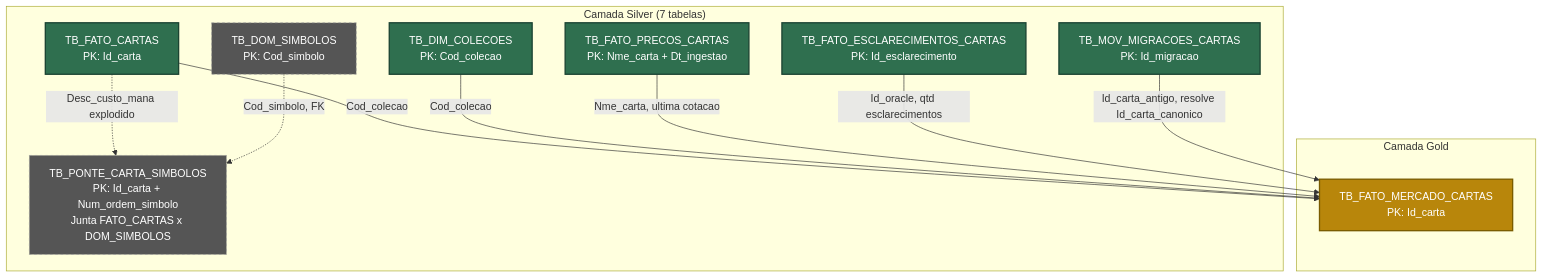
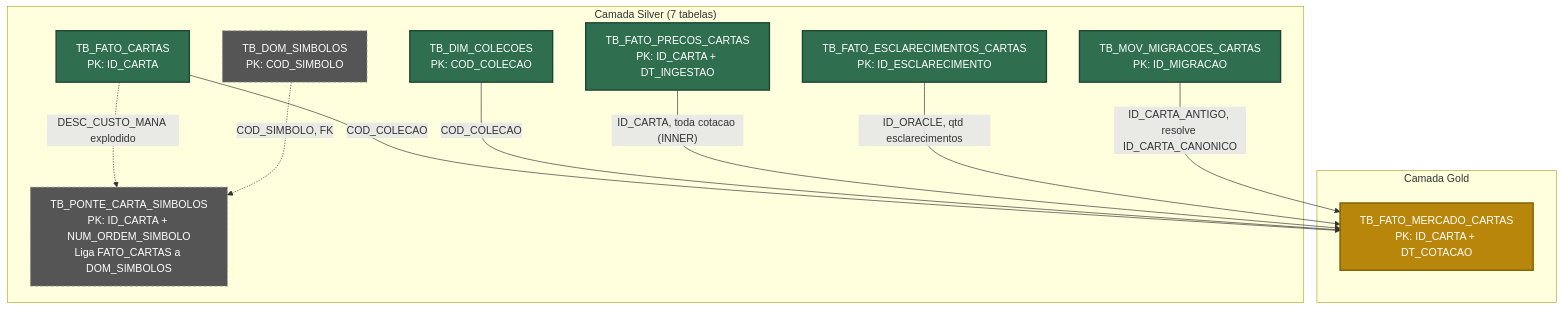
The diagram in src/04 - Gold/Readme.md (scudellerlemos/pipeline-databricks-mtg-dev), drawn with Mermaid before and after one commit. The commit also changed other lines of this file and 4 other files, not shown here.

````diff
--- a/src/04 - Gold/Readme.md
+++ b/src/04 - Gold/Readme.md
@@ -16,33 +16,33 @@
 ```mermaid
 graph TD
     subgraph SILVER["Camada Silver (7 tabelas)"]
-        FATO_CARTAS["TB_FATO_CARTAS<br/>PK: Id_carta"]
-        DIM_COLECOES["TB_DIM_COLECOES<br/>PK: Cod_colecao"]
-        FATO_PRECOS["TB_FATO_PRECOS_CARTAS<br/>PK: Nme_carta + Dt_ingestao"]
-        FATO_ESCLARECIMENTOS["TB_FATO_ESCLARECIMENTOS_CARTAS<br/>PK: Id_esclarecimento"]
-        MOV_MIGRACOES["TB_MOV_MIGRACOES_CARTAS<br/>PK: Id_migracao"]
-        DOM_SIMBOLOS["TB_DOM_SIMBOLOS<br/>PK: Cod_simbolo"]
-        PONTE_SIMBOLOS["TB_PONTE_CARTA_SIMBOLOS<br/>PK: Id_carta + Num_ordem_simbolo<br/>Junta FATO_CARTAS x DOM_SIMBOLOS"]
+        FATO_CARTAS["TB_FATO_CARTAS<br/>PK: ID_CARTA"]
+        DIM_COLECOES["TB_DIM_COLECOES<br/>PK: COD_COLECAO"]
+        FATO_PRECOS["TB_FATO_PRECOS_CARTAS<br/>PK: ID_CARTA + DT_INGESTAO"]
+        FATO_ESCLARECIMENTOS["TB_FATO_ESCLARECIMENTOS_CARTAS<br/>PK: ID_ESCLARECIMENTO"]
+        MOV_MIGRACOES["TB_MOV_MIGRACOES_CARTAS<br/>PK: ID_MIGRACAO"]
+        DOM_SIMBOLOS["TB_DOM_SIMBOLOS<br/>PK: COD_SIMBOLO"]
+        PONTE_SIMBOLOS["TB_PONTE_CARTA_SIMBOLOS<br/>PK: ID_CARTA + NUM_ORDEM_SIMBOLO<br/>Liga FATO_CARTAS a DOM_SIMBOLOS"]
     end
 
     subgraph GOLD["Camada Gold"]
-        GOLD_MERCADO["TB_FATO_MERCADO_CARTAS<br/>PK: Id_carta"]
+        GOLD_MERCADO["TB_FATO_MERCADO_CARTAS<br/>PK: ID_CARTA + DT_COTACAO"]
     end
 
-    FATO_CARTAS -->|"Cod_colecao"| GOLD_MERCADO
-    DIM_COLECOES -->|"Cod_colecao"| GOLD_MERCADO
-    FATO_PRECOS -->|"Nme_carta, ultima cotacao"| GOLD_MERCADO
-    FATO_ESCLARECIMENTOS -->|"Id_oracle, qtd esclarecimentos"| GOLD_MERCADO
-    MOV_MIGRACOES -->|"Id_carta_antigo, resolve Id_carta_canonico"| GOLD_MERCADO
+    FATO_CARTAS -->|"COD_COLECAO"| GOLD_MERCADO
+    DIM_COLECOES -->|"COD_COLECAO"| GOLD_MERCADO
+    FATO_PRECOS -->|"ID_CARTA, toda cotacao (INNER)"| GOLD_MERCADO
+    FATO_ESCLARECIMENTOS -->|"ID_ORACLE, qtd esclarecimentos"| GOLD_MERCADO
+    MOV_MIGRACOES -->|"ID_CARTA_ANTIGO, resolve ID_CARTA_CANONICO"| GOLD_MERCADO
 
-    FATO_CARTAS -.->|"Desc_custo_mana explodido"| PONTE_SIMBOLOS
-    DOM_SIMBOLOS -.->|"Cod_simbolo, FK"| PONTE_SIMBOLOS
+    FATO_CARTAS -.->|"DESC_CUSTO_MANA explodido"| PONTE_SIMBOLOS
+    DOM_SIMBOLOS -.->|"COD_SIMBOLO, FK"| PONTE_SIMBOLOS
 
     classDef used fill:#2f6f4f,stroke:#1b4332,color:#ffffff,stroke-width:2px;
     classDef gold fill:#b8860b,stroke:#7a5c00,color:#ffffff,stroke-width:2px;
     classDef unused fill:#555555,stroke:#999999,color:#ffffff,stroke-dasharray:4 4;
 
     class FATO_CARTAS,DIM_COLECOES,FATO_PRECOS,FATO_ESCLARECIMENTOS,MOV_MIGRACOES used;
     class GOLD_MERCADO gold;
     class DOM_SIMBOLOS,PONTE_SIMBOLOS unused;
 ```
````
